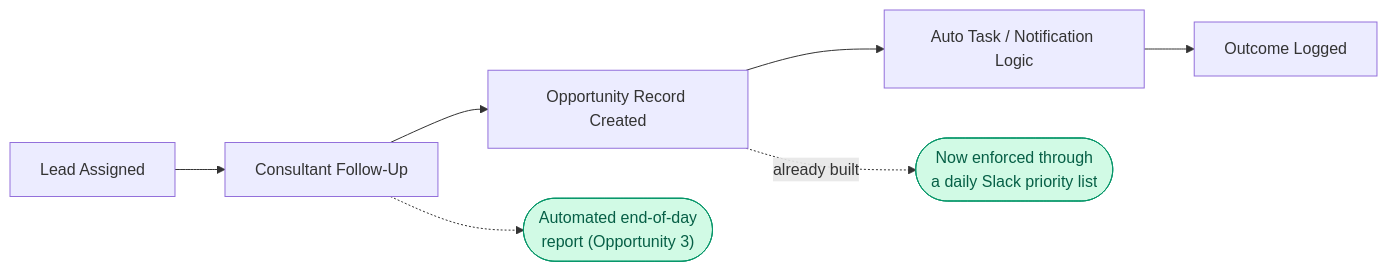
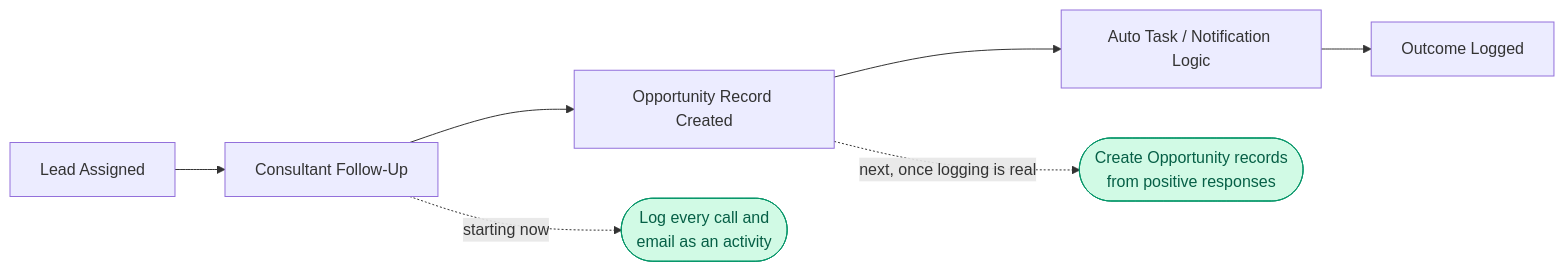
Before and after one commit to jsaponara42/ai-assistant-doc-storage: the second of 8 diagrams in business/projects/client-projects/26061201_capital-financing/client-facing-deliverables/20260910_capital-financing-opportunity-map-final.md, drawn with Mermaid. The commit also changed other lines of this file and 3 other files, not shown here.

````diff
--- a/business/projects/client-projects/26061201_capital-financing/client-facing-deliverables/20260910_capital-financing-opportunity-map-final.md
+++ b/business/projects/client-projects/26061201_capital-financing/client-facing-deliverables/20260910_capital-financing-opportunity-map-final.md
@@ -135,12 +135,12 @@
 ```mermaid
 flowchart LR
     classDef quickwin fill:#d1fae5,stroke:#059669,color:#065f46
     A[Lead Assigned] --> B[Consultant Follow-Up]
     B --> C[Opportunity Record Created]
     C --> D[Auto Task / Notification Logic]
     D --> E[Outcome Logged]
-    C -.->|already built| Opp1(["Now enforced through\na daily Slack priority list"])
-    B -.-> Opp2(["Automated end-of-day\nreport (Opportunity 3)"])
+    B -.->|starting now| Opp2(["Log every call and\nemail as an activity"])
+    C -.->|next, once logging is real| Opp1(["Create Opportunity records\nfrom positive responses"])
     class Opp1 quickwin
     class Opp2 quickwin
 ```
````
